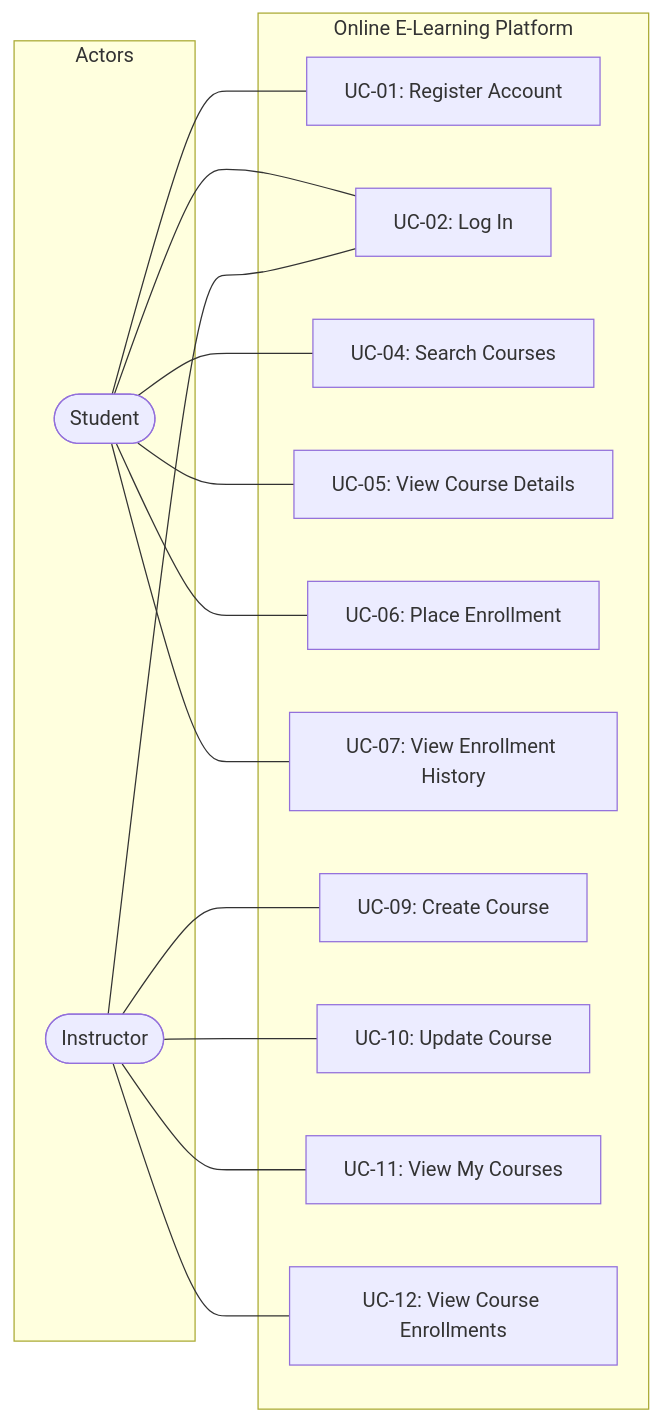
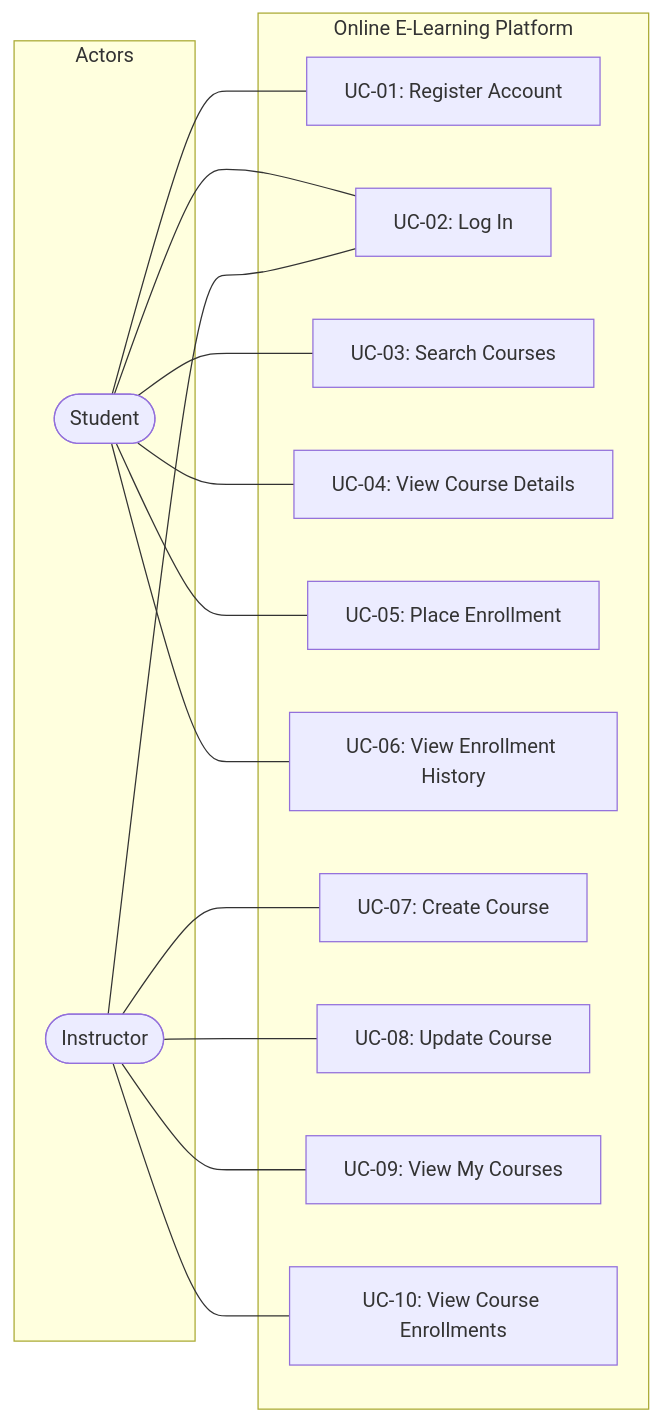
Before and after one commit to Kaitou-dev/lab02: the second of 3 diagrams in SRS_Online_E-Learning_Platform.md, drawn with Mermaid. The commit also changed other lines of this file, not shown here.

````diff
--- a/SRS_Online_E-Learning_Platform.md
+++ b/SRS_Online_E-Learning_Platform.md
@@ -89,33 +89,33 @@
 ```mermaid
 flowchart LR
     subgraph Actors
         S(["Student"])
         I(["Instructor"])
     end
 
     subgraph "Online E-Learning Platform"
         UC01["UC-01: Register Account"]
         UC02["UC-02: Log In"]
-        UC04["UC-04: Search Courses"]
-        UC05["UC-05: View Course Details"]
-        UC06["UC-06: Place Enrollment"]
-        UC07["UC-07: View Enrollment History"]
-        UC09["UC-09: Create Course"]
-        UC10["UC-10: Update Course"]
-        UC11["UC-11: View My Courses"]
-        UC12["UC-12: View Course Enrollments"]
+        UC03["UC-03: Search Courses"]
+        UC04["UC-04: View Course Details"]
+        UC05["UC-05: Place Enrollment"]
+        UC06["UC-06: View Enrollment History"]
+        UC07["UC-07: Create Course"]
+        UC08["UC-08: Update Course"]
+        UC09["UC-09: View My Courses"]
+        UC10["UC-10: View Course Enrollments"]
     end
 
     S --- UC01
     S --- UC02
+    S --- UC03
     S --- UC04
     S --- UC05
     S --- UC06
-    S --- UC07
 
     I --- UC02
+    I --- UC07
+    I --- UC08
     I --- UC09
     I --- UC10
-    I --- UC11
-    I --- UC12
 ```
````
